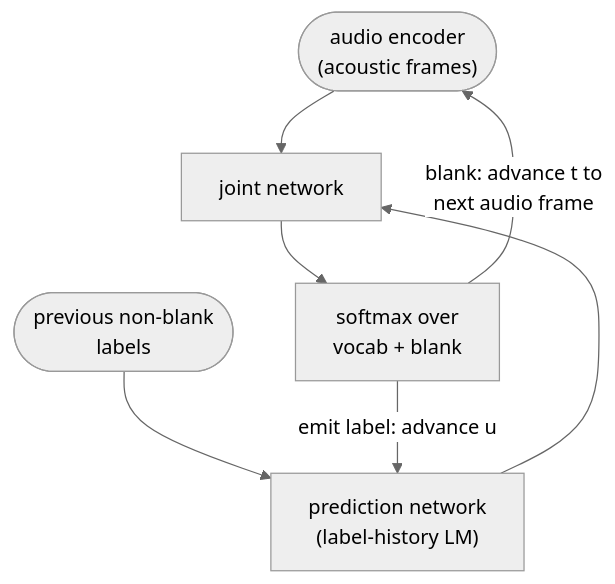
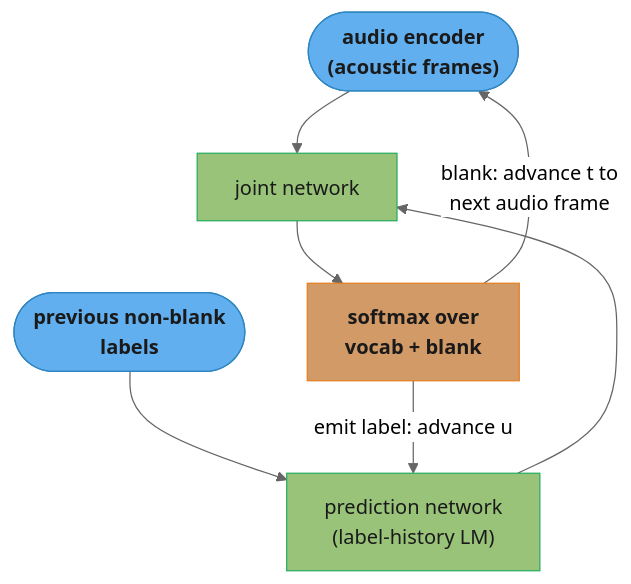
The third of 9 diagrams in src/main/java/com/rutik/systemdesign/ml/speech_and_audio_ml/speech_and_audio_ml.md (rppol/system-design), drawn with Mermaid (neutral theme) before and after one commit. The commit also changed other lines of this file and 38 other files, not shown here.

````diff
--- a/src/main/java/com/rutik/systemdesign/ml/speech_and_audio_ml/speech_and_audio_ml.md
+++ b/src/main/java/com/rutik/systemdesign/ml/speech_and_audio_ml/speech_and_audio_ml.md
@@ -173,9 +198,21 @@
 ```mermaid
 flowchart TD
+    classDef io      fill:#61afef,stroke:#2e86c1,color:#1a1a1a,font-weight:bold
+    classDef frozen  fill:#c678dd,stroke:#9b59b6,color:#fff
+    classDef train   fill:#98c379,stroke:#27ae60,color:#1a1a1a
+    classDef mathOp  fill:#d19a66,stroke:#e67e22,color:#1a1a1a,font-weight:bold
+    classDef lossN   fill:#e06c75,stroke:#c0392b,color:#fff,font-weight:bold
+    classDef req     fill:#56b6c2,stroke:#0097a7,color:#1a1a1a
+    classDef base    fill:#e5c07b,stroke:#f39c12,color:#1a1a1a
+
     audio(["audio encoder\n(acoustic frames)"]) --> joint["joint network"]
     prev(["previous non-blank\nlabels"]) --> pred["prediction network\n(label-history LM)"]
     pred --> joint
     joint --> out["softmax over\nvocab + blank"]
     out -->|"emit label: advance u"| pred
     out -->|"blank: advance t to\nnext audio frame"| audio
+
+    class audio,prev io
+    class pred,joint train
+    class out mathOp
 ```
````
